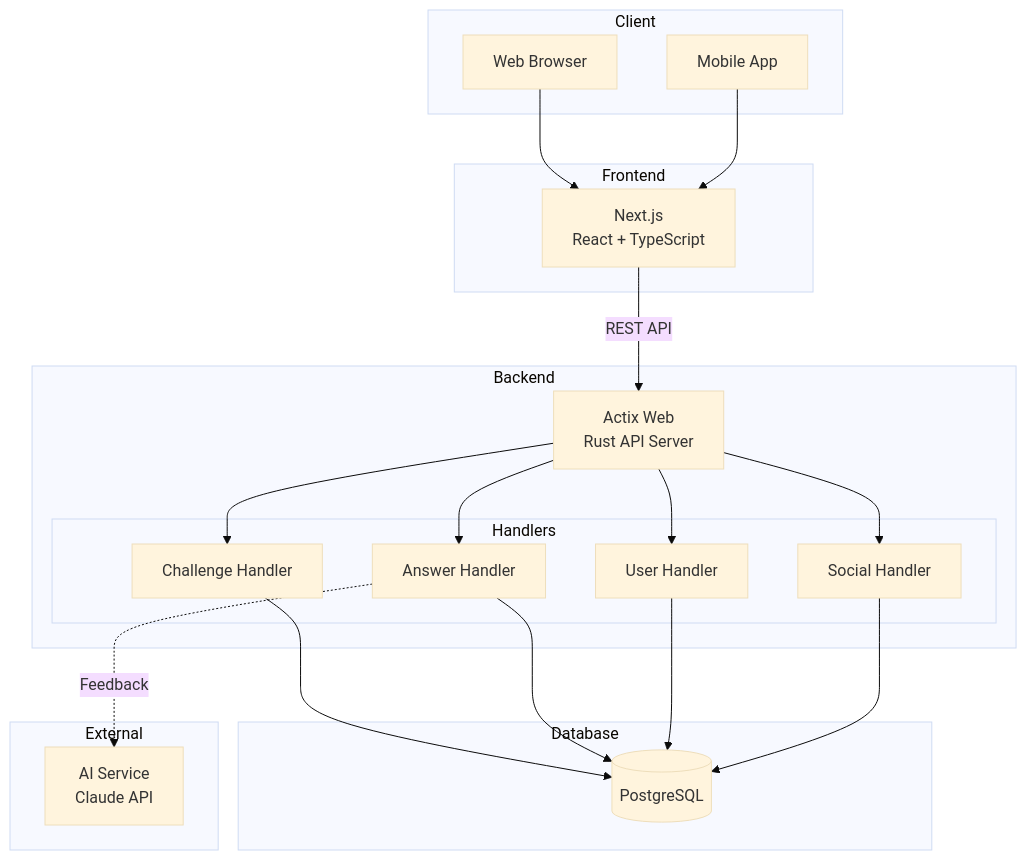
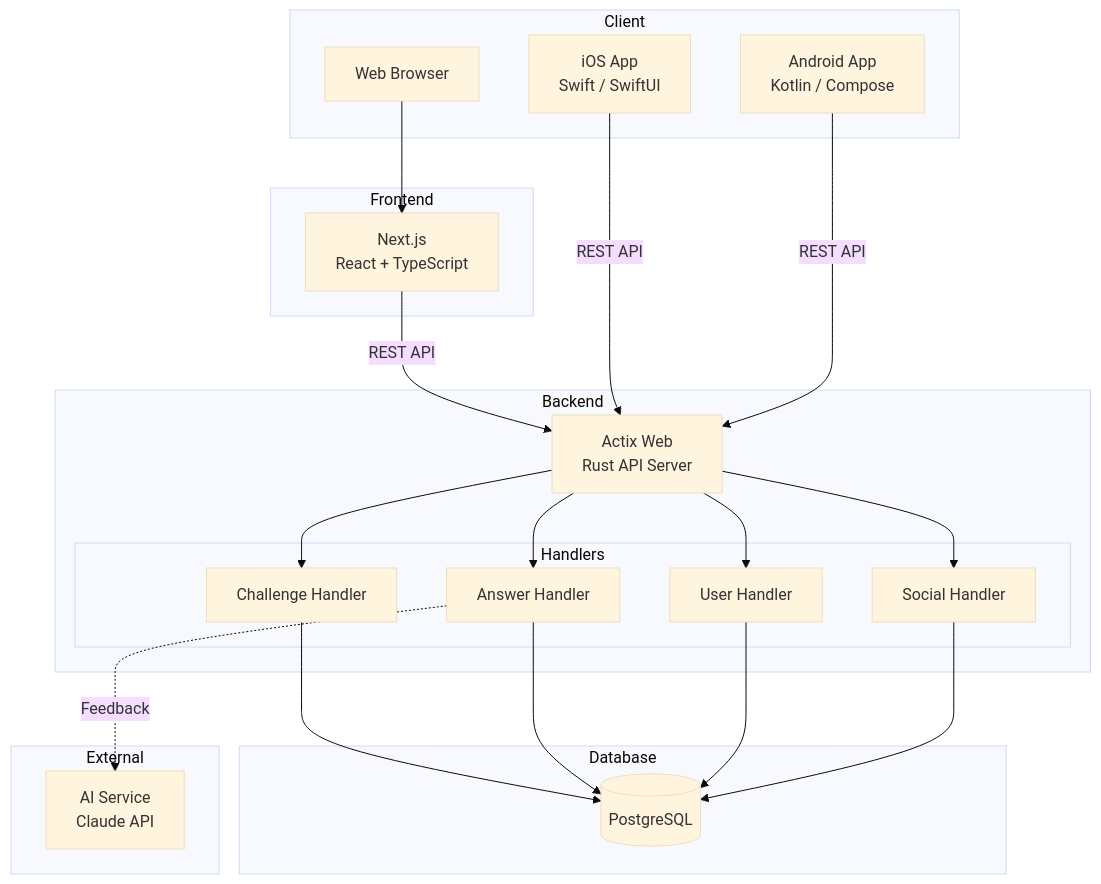
One commit to tanoshimi-dev/gengoka changed the first of 2 diagrams in README.md. Above: the diagram before and after it, drawn with Mermaid (base theme). The commit also changed other lines of this file, not shown here.

````diff
--- a/README.md
+++ b/README.md
@@ -54,43 +54,45 @@
 ```mermaid
 graph TB
     subgraph Client
         Web[Web Browser]
-        Mobile[Mobile App]
+        iOS[iOS App<br/>Swift / SwiftUI]
+        Android[Android App<br/>Kotlin / Compose]
     end
 
     subgraph Frontend
         Next[Next.js<br/>React + TypeScript]
     end
 
     subgraph Backend
         API[Actix Web<br/>Rust API Server]
 
         subgraph Handlers
             H1[Challenge Handler]
             H2[Answer Handler]
             H3[User Handler]
             H4[Social Handler]
         end
     end
 
     subgraph Database
         PG[(PostgreSQL)]
     end
 
     subgraph External
         AI[AI Service<br/>Claude API]
     end
 
     Web --> Next
-    Mobile --> Next
     Next -->|REST API| API
+    iOS -->|REST API| API
+    Android -->|REST API| API
     API --> H1
     API --> H2
     API --> H3
     API --> H4
     H1 --> PG
     H2 --> PG
     H3 --> PG
     H4 --> PG
     H2 -.->|Feedback| AI
 ```
````
